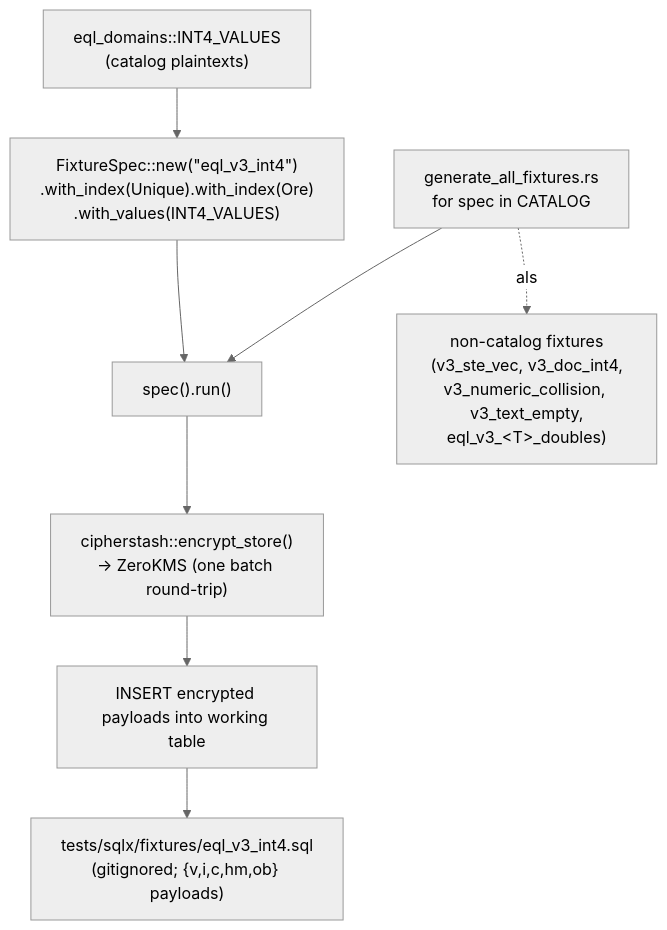
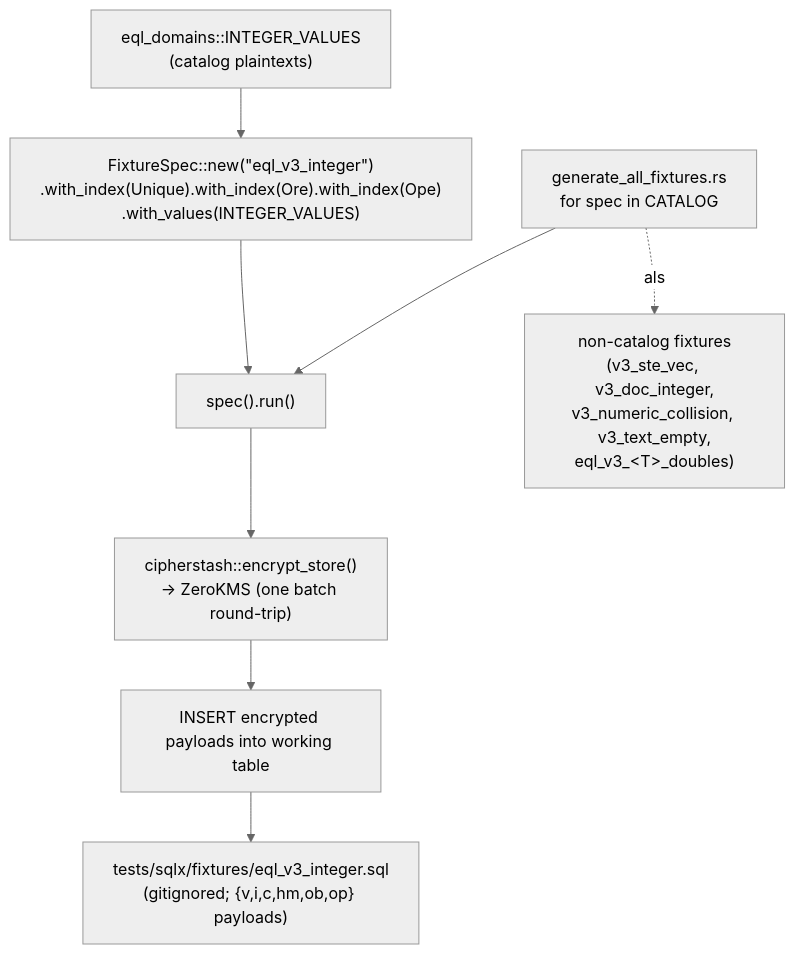
One commit to cipherstash/encrypt-query-language changed the tenth of 15 diagrams in docs/reference/catalog-driven-architecture.md. Above: the diagram before and after it, drawn with Mermaid (neutral theme). The commit also changed other lines of this file and 5 other files, not shown here.

````diff
--- a/docs/reference/catalog-driven-architecture.md
+++ b/docs/reference/catalog-driven-architecture.md
@@ -444,11 +462,11 @@
 ```mermaid
 flowchart TD
-    CV["eql_domains::INT4_VALUES<br/>(catalog plaintexts)"] --> SPEC["FixtureSpec::new(&quot;eql_v3_int4&quot;)<br/>.with_index(Unique).with_index(Ore)<br/>.with_values(INT4_VALUES)"]
+    CV["eql_domains::INTEGER_VALUES<br/>(catalog plaintexts)"] --> SPEC["FixtureSpec::new(&quot;eql_v3_integer&quot;)<br/>.with_index(Unique).with_index(Ore).with_index(Ope)<br/>.with_values(INTEGER_VALUES)"]
     SPEC --> RUN["spec().run()"]
     RUN --> ENC["cipherstash::encrypt_store()<br/>→ ZeroKMS (one batch round-trip)"]
     ENC --> INS["INSERT encrypted payloads into working table"]
-    INS --> SQL["tests/sqlx/fixtures/eql_v3_int4.sql<br/>(gitignored; {v,i,c,hm,ob} payloads)"]
+    INS --> SQL["tests/sqlx/fixtures/eql_v3_integer.sql<br/>(gitignored; {v,i,c,hm,ob,op} payloads)"]
 
     DISP["generate_all_fixtures.rs<br/>for spec in CATALOG"] --> RUN
-    DISP -.also.-> EXTRA["non-catalog fixtures<br/>(v3_ste_vec, v3_doc_int4,<br/>v3_numeric_collision, v3_text_empty,<br/>eql_v3_&lt;T&gt;_doubles)"]
+    DISP -.also.-> EXTRA["non-catalog fixtures<br/>(v3_ste_vec, v3_doc_integer,<br/>v3_numeric_collision, v3_text_empty,<br/>eql_v3_&lt;T&gt;_doubles)"]
 ```
````
